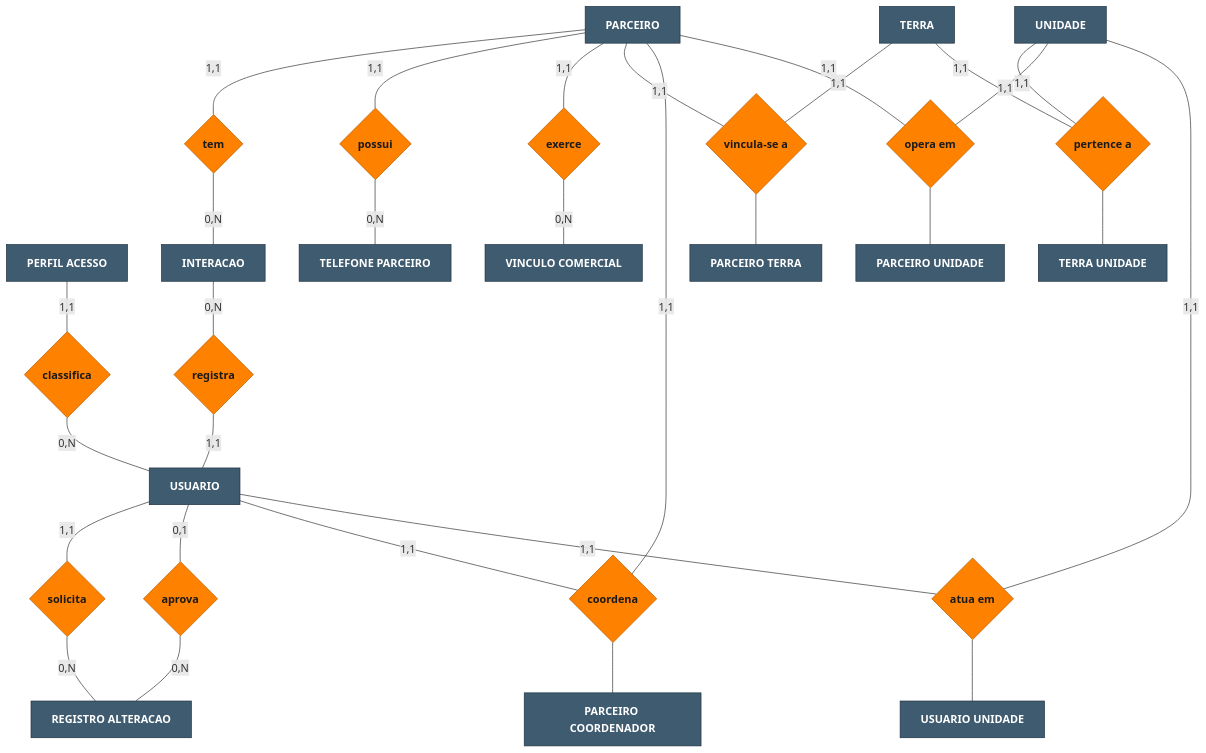
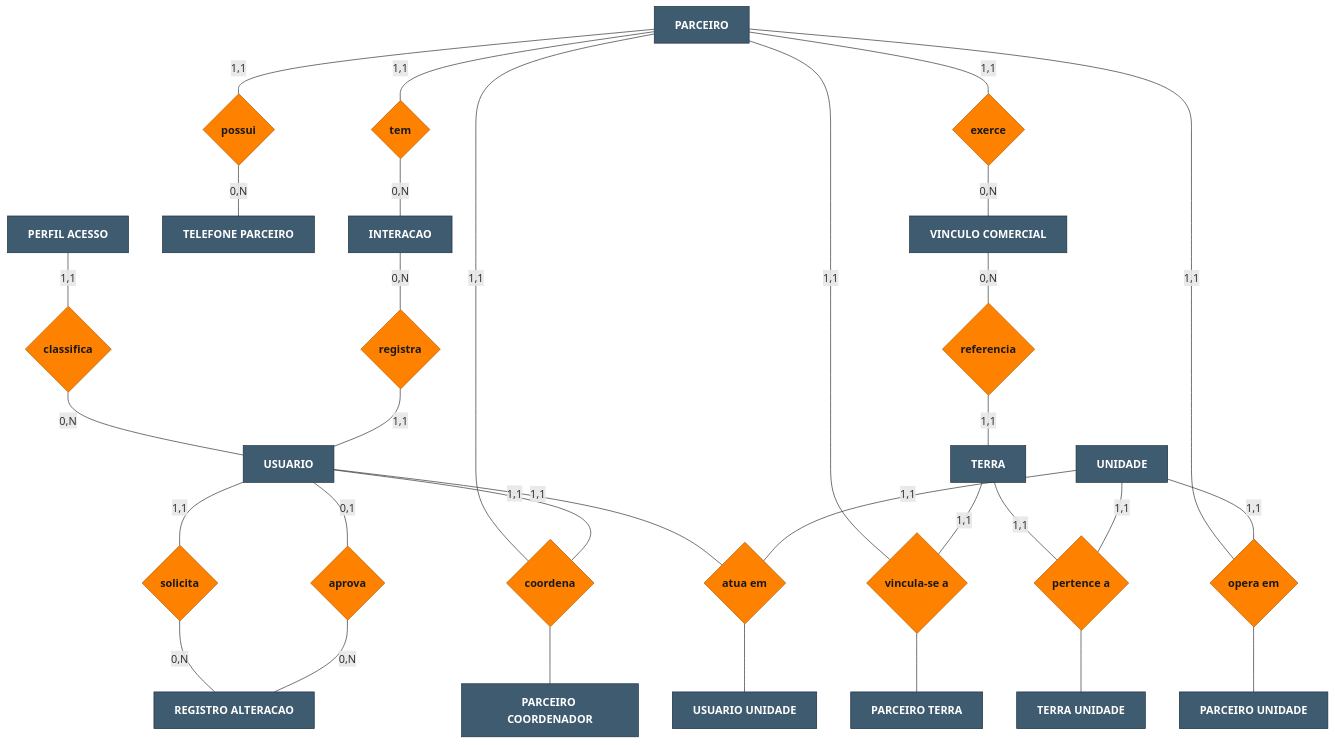
One commit to williamjrmaia/M-dulo-2---Aplica-o-Web-Atvos- changed the first of 4 diagrams in documentos/wad.md. Above: the diagram before and after it, drawn with Mermaid. The commit also changed other lines of this file, not shown here.

Commit message:
docs(#168): corrigir incoerencias entre diagramas e tabela de relacionamentos na secao 3.6.1

````diff
--- a/documentos/wad.md
+++ b/documentos/wad.md
@@ -1110,56 +1110,58 @@
 ```mermaid
 flowchart TB
     classDef entity fill:#3F5B70,stroke:#1e3040,color:#fff,font-weight:bold
     classDef rel fill:#FF8100,stroke:#b35a00,color:#1a1a1a,font-weight:bold
 
     PERF[PERFIL ACESSO]:::entity
     USUA[USUARIO]:::entity
     UNID[UNIDADE]:::entity
     PARC[PARCEIRO]:::entity
     TELEF[TELEFONE PARCEIRO]:::entity
     INTER[INTERACAO]:::entity
     VINC[VINCULO COMERCIAL]:::entity
     TERR[TERRA]:::entity
     PT[PARCEIRO TERRA]:::entity
     TU[TERRA UNIDADE]:::entity
     RA[REGISTRO ALTERACAO]:::entity
     PCOORD[PARCEIRO COORDENADOR]:::entity
     PUNID[PARCEIRO UNIDADE]:::entity
     UUNID[USUARIO UNIDADE]:::entity
 
     Rclass{classifica}:::rel
     Rtem{tem}:::rel
     Rtelef{possui}:::rel
     Rreg{registra}:::rel
     Rexerce{exerce}:::rel
+    Rvt{referencia}:::rel
     Rvinc{vincula-se a}:::rel
     Rtunid{pertence a}:::rel
     Rsol{solicita}:::rel
     Rapr{aprova}:::rel
     Rcoord{coordena}:::rel
     Ropun{opera em}:::rel
     Ratun{atua em}:::rel
 
     PERF -- "1,1" --- Rclass -- "0,N" --- USUA
     PARC -- "1,1" --- Rtem -- "0,N" --- INTER
     INTER -- "0,N" --- Rreg -- "1,1" --- USUA
     PARC -- "1,1" --- Rtelef -- "0,N" --- TELEF
     PARC -- "1,1" --- Rexerce -- "0,N" --- VINC
+    VINC -- "0,N" --- Rvt -- "1,1" --- TERR
     PARC -- "1,1" --- Rvinc
     TERR -- "1,1" --- Rvinc
     Rvinc --- PT
     TERR -- "1,1" --- Rtunid
     UNID -- "1,1" --- Rtunid
     Rtunid --- TU
     USUA -- "1,1" --- Rsol -- "0,N" --- RA
     USUA -- "0,1" --- Rapr -- "0,N" --- RA
     PARC -- "1,1" --- Rcoord
     USUA -- "1,1" --- Rcoord
     Rcoord --- PCOORD
     PARC -- "1,1" --- Ropun
     UNID -- "1,1" --- Ropun
     Ropun --- PUNID
     USUA -- "1,1" --- Ratun
     UNID -- "1,1" --- Ratun
     Ratun --- UUNID
 ```
````
